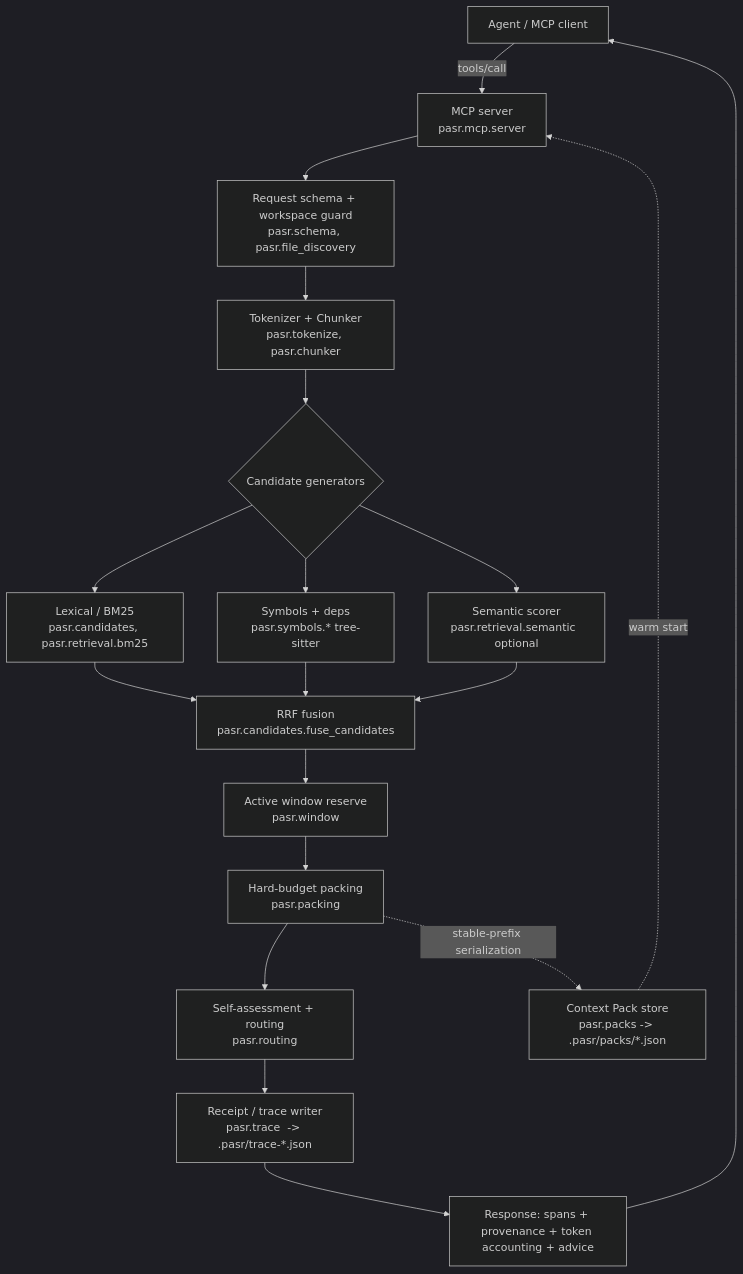
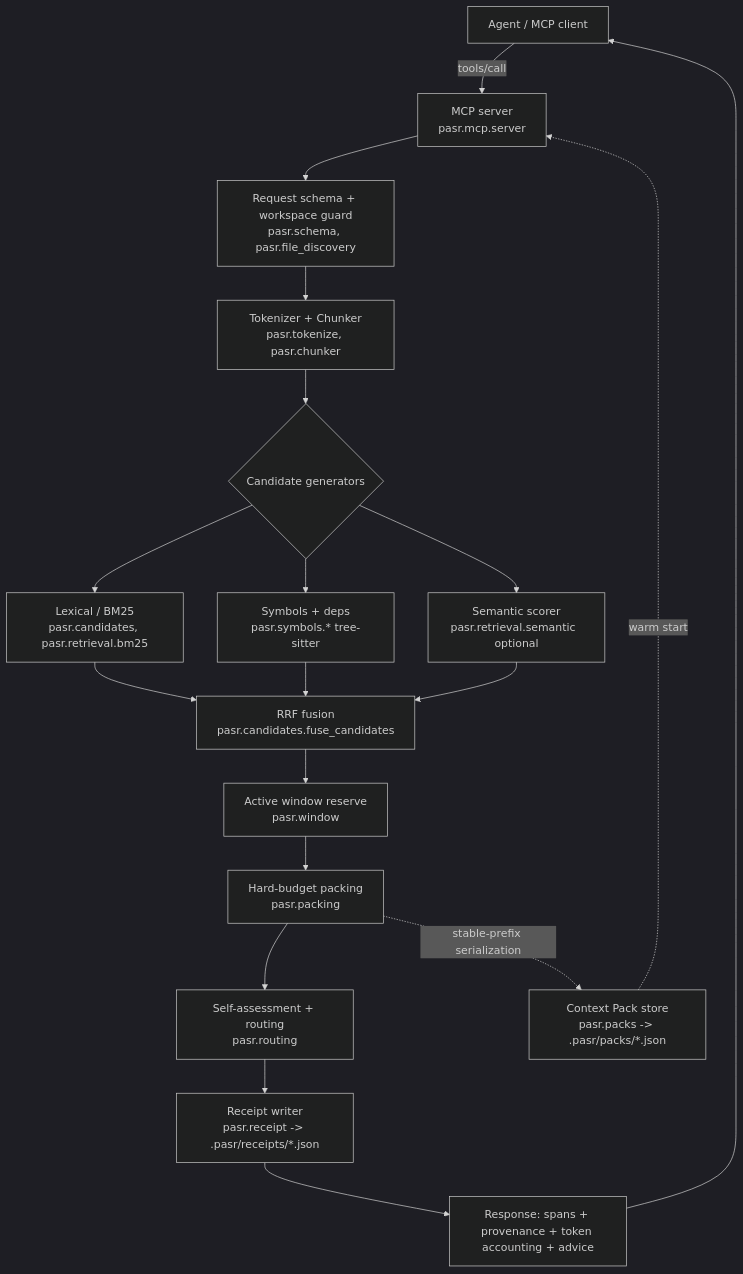
One commit to Apheironn/pasr changed the diagram in docs/architecture.md. Above: the diagram before and after it, drawn with Mermaid (dark theme). The commit also changed other lines of this file and 137 other files, not shown here.

````diff
--- a/docs/architecture.md
+++ b/docs/architecture.md
@@ -34,21 +55,21 @@
 ```mermaid
 flowchart TD
     A[Agent / MCP client] -->|tools/call| S[MCP server<br/>pasr.mcp.server]
     S --> R[Request schema + workspace guard<br/>pasr.schema, pasr.file_discovery]
     R --> T[Tokenizer + Chunker<br/>pasr.tokenize, pasr.chunker]
     T --> CG{Candidate generators}
     CG --> L[Lexical / BM25<br/>pasr.candidates, pasr.retrieval.bm25]
     CG --> SY[Symbols + deps<br/>pasr.symbols.* tree-sitter]
     CG --> SE[Semantic scorer<br/>pasr.retrieval.semantic  optional]
     L --> F[RRF fusion<br/>pasr.candidates.fuse_candidates]
     SY --> F
     SE --> F
     F --> AW[Active window reserve<br/>pasr.window]
     AW --> P[Hard-budget packing<br/>pasr.packing]
     P --> SA[Self-assessment + routing<br/>pasr.routing]
-    SA --> RC[Receipt / trace writer<br/>pasr.trace  -> .pasr/trace-*.json]
+    SA --> RC[Receipt writer<br/>pasr.receipt -> .pasr/receipts/*.json]
     RC --> O[Response: spans + provenance + token accounting + advice]
     O --> A
     P -.stable-prefix serialization.-> PK[Context Pack store<br/>pasr.packs -> .pasr/packs/*.json]
     PK -.warm start.-> S
 ```
````
